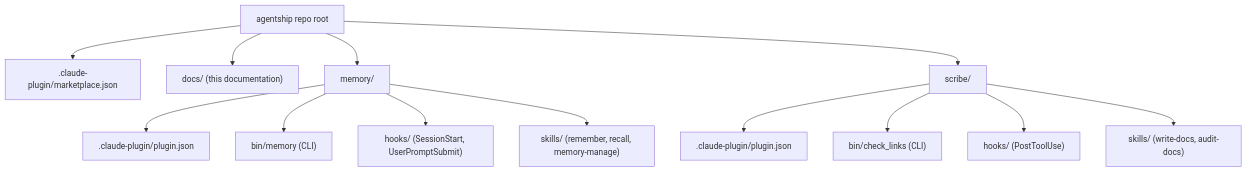
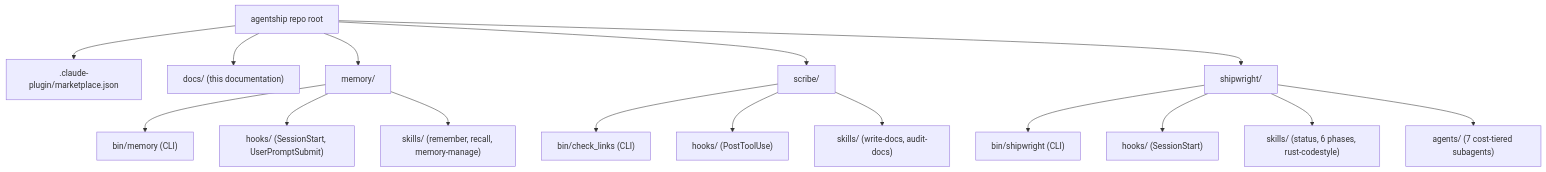
The diagram in docs/architecture.md (wearethefoos/agentship), drawn with Mermaid before and after one commit. The commit also changed other lines of this file and 29 other files, not shown here.

Commit message:
feat(shipwright): add rebuild app in Rust agent pipeline

````diff
--- a/docs/architecture.md
+++ b/docs/architecture.md
@@ -9,15 +9,18 @@
 ```mermaid
 flowchart TD
     repo[agentship repo root] --> mp[".claude-plugin/marketplace.json"]
     repo --> docs["docs/ (this documentation)"]
     repo --> mem[memory/]
     repo --> scr[scribe/]
-    mem --> mman[".claude-plugin/plugin.json"]
+    repo --> shp[shipwright/]
     mem --> mbin["bin/memory (CLI)"]
     mem --> mhooks["hooks/ (SessionStart, UserPromptSubmit)"]
     mem --> mskills["skills/ (remember, recall, memory-manage)"]
-    scr --> sman[".claude-plugin/plugin.json"]
     scr --> sbin["bin/check_links (CLI)"]
     scr --> shooks["hooks/ (PostToolUse)"]
     scr --> sskills["skills/ (write-docs, audit-docs)"]
+    shp --> pbin["bin/shipwright (CLI)"]
+    shp --> phooks["hooks/ (SessionStart)"]
+    shp --> pskills["skills/ (status, 6 phases, rust-codestyle)"]
+    shp --> pagents["agents/ (7 cost-tiered subagents)"]
 ```
````
